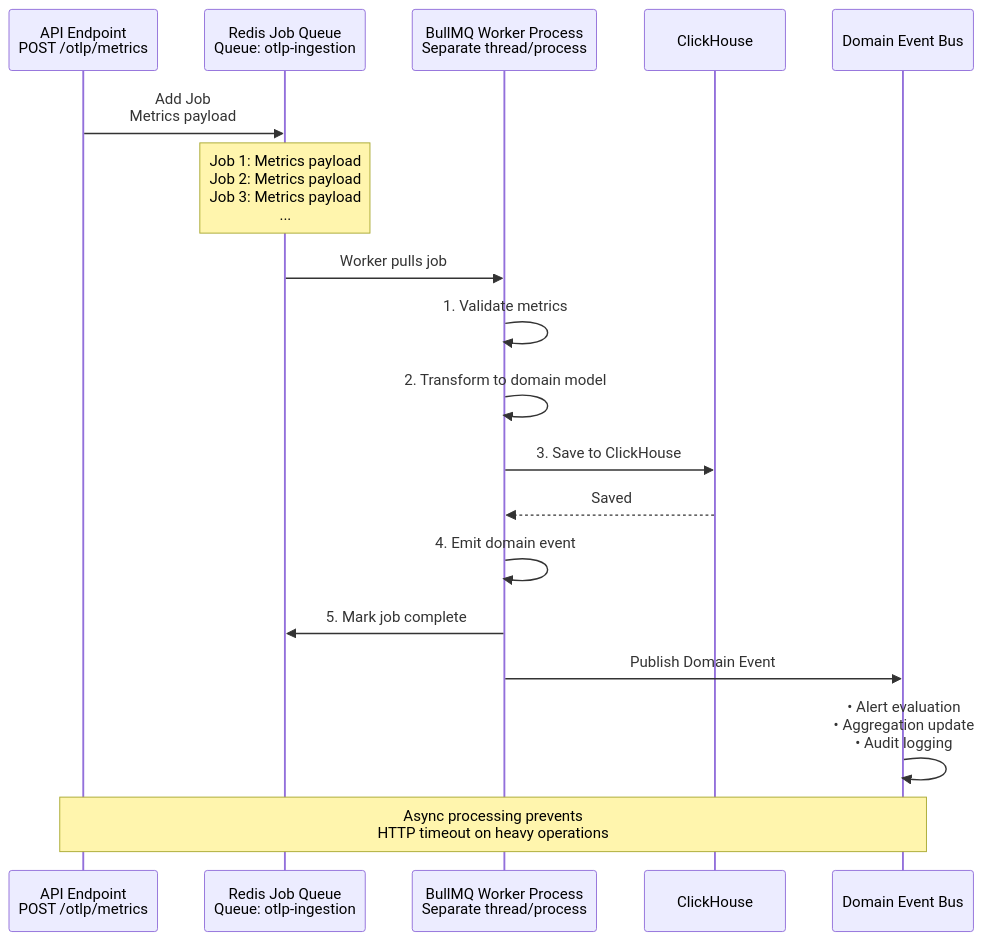
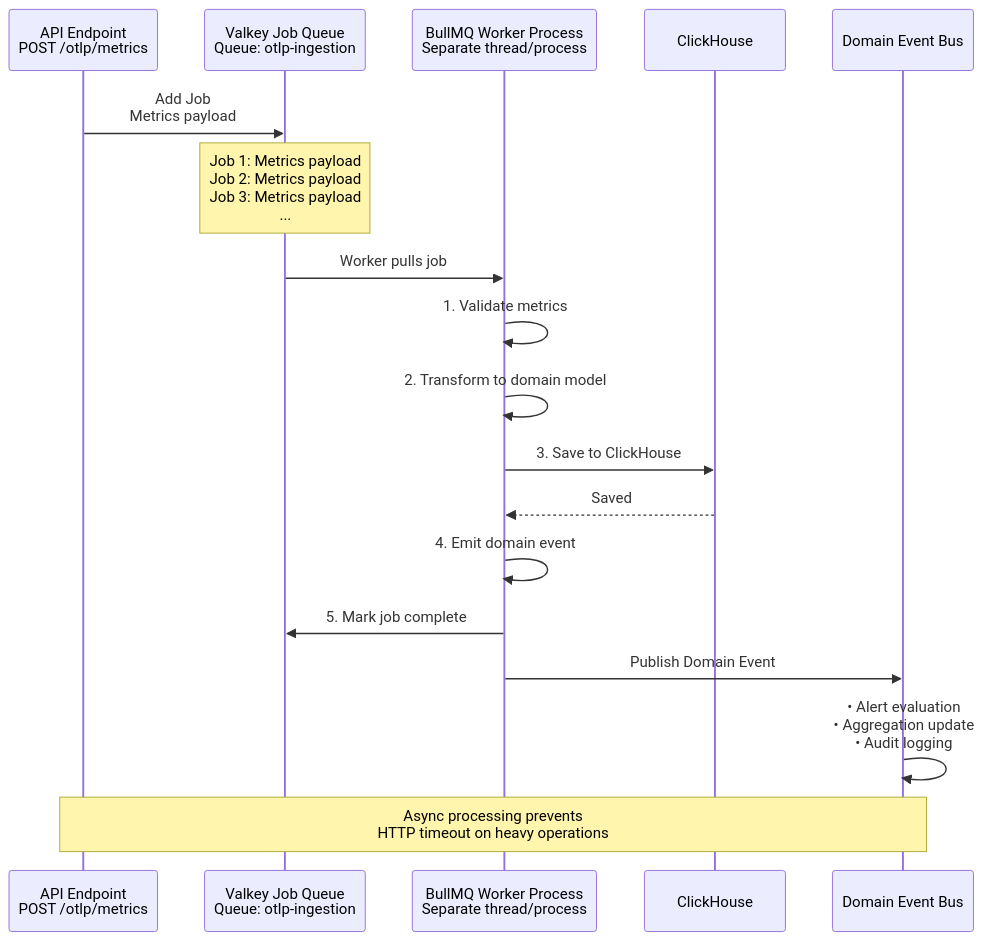
One commit to telemetryflow/telemetryflow-overview changed diagram 13 of 14 in architecture/01-SYSTEM-ARCHITECTURE.md. Above: the diagram before and after it, drawn with Mermaid. The commit also changed other lines of this file and 23 other files, not shown here.

First line of the commit message:
docs: relabel Redis->Valkey in architecture/diagrams/prose (follow-up sweep)

````diff
--- a/architecture/01-SYSTEM-ARCHITECTURE.md
+++ b/architecture/01-SYSTEM-ARCHITECTURE.md
@@ -728,24 +728,24 @@
 ```mermaid
 sequenceDiagram
     participant API as API Endpoint<br/>POST /otlp/metrics
-    participant Redis as Redis Job Queue<br/>Queue: otlp-ingestion
+    participant Valkey as Valkey Job Queue<br/>Queue: otlp-ingestion
     participant Worker as BullMQ Worker Process<br/>Separate thread/process
     participant CH as ClickHouse
     participant Bus as Domain Event Bus
 
-    API->>Redis: Add Job<br/>Metrics payload
-    Note over Redis: Job 1: Metrics payload<br/>Job 2: Metrics payload<br/>Job 3: Metrics payload<br/>...
+    API->>Valkey: Add Job<br/>Metrics payload
+    Note over Valkey: Job 1: Metrics payload<br/>Job 2: Metrics payload<br/>Job 3: Metrics payload<br/>...
 
-    Redis->>Worker: Worker pulls job
+    Valkey->>Worker: Worker pulls job
     Worker->>Worker: 1. Validate metrics
     Worker->>Worker: 2. Transform to domain model
     Worker->>CH: 3. Save to ClickHouse
     CH-->>Worker: Saved
     Worker->>Worker: 4. Emit domain event
-    Worker->>Redis: 5. Mark job complete
+    Worker->>Valkey: 5. Mark job complete
 
     Worker->>Bus: Publish Domain Event
     Bus->>Bus: • Alert evaluation<br/>• Aggregation update<br/>• Audit logging
 
     Note over API,Bus: Async processing prevents<br/>HTTP timeout on heavy operations
 ```
````
